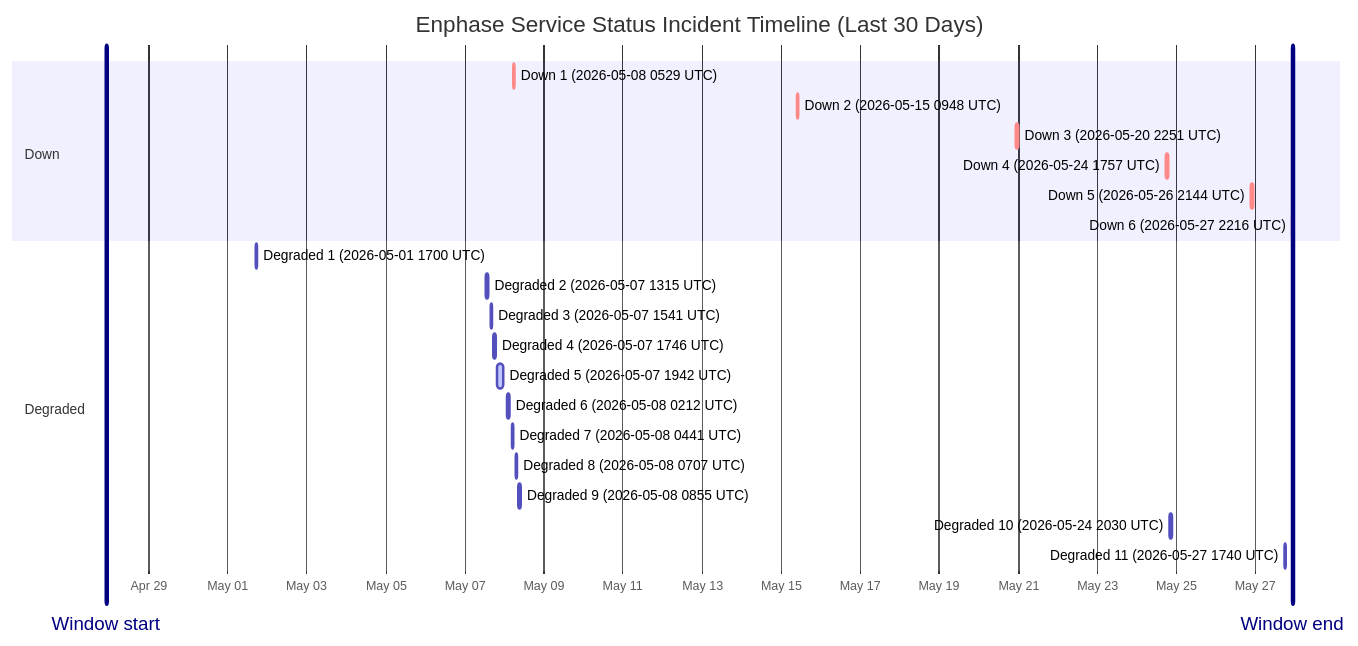
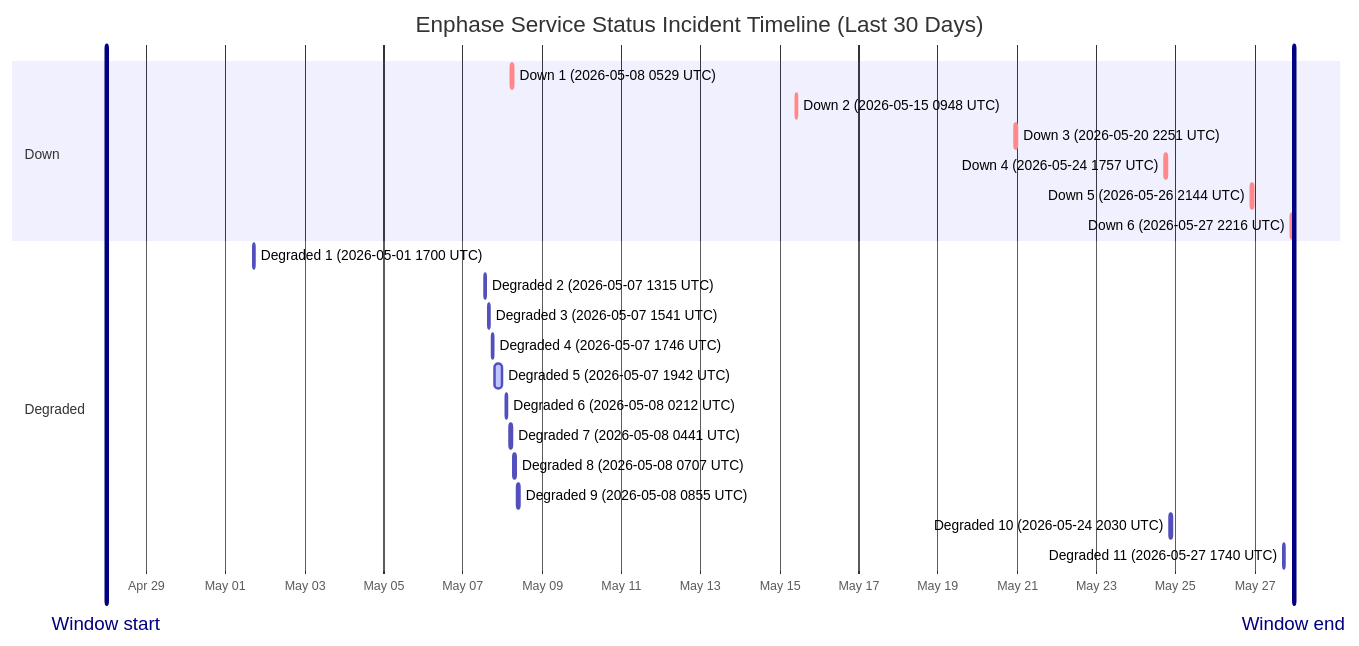
Before and after one commit to barneyonline/ha-enphase-ev-charger: the diagram in wiki/Service-Status-History.md, drawn with Mermaid. The commit also changed other lines of this file and 3 other files, not shown here.

````diff
--- a/wiki/Service-Status-History.md
+++ b/wiki/Service-Status-History.md
@@ -14,27 +14,27 @@
 ```mermaid
 gantt
     title Enphase Service Status Incident Timeline (Last 30 Days)
     dateFormat  YYYY-MM-DDTHH:mm:ss
     axisFormat  %b %d
-    Window start :vert, window-start, 2026-04-27T22:16:53, 0ms
-    Window end :vert, window-end, 2026-05-27T22:16:53, 0ms
+    Window start :vert, window-start, 2026-04-27T23:44:24, 0ms
+    Window end :vert, window-end, 2026-05-27T23:44:24, 0ms
     section Down
     Down 1 (2026-05-08 0529 UTC) :crit, down-1, 2026-05-08T05:29:47, 60m
     Down 2 (2026-05-15 0948 UTC) :crit, down-2, 2026-05-15T09:48:18, 60m
     Down 3 (2026-05-20 2251 UTC) :crit, down-3, 2026-05-20T22:51:14, 75m
     Down 4 (2026-05-24 1757 UTC) :crit, down-4, 2026-05-24T17:57:41, 86m
     Down 5 (2026-05-26 2144 UTC) :crit, down-5, 2026-05-26T21:44:11, 85m
-    Down 6 (2026-05-27 2216 UTC) :crit, down-6, 2026-05-27T22:16:53, 60m
+    Down 6 (2026-05-27 2216 UTC) :crit, down-6, 2026-05-27T22:16:53, 87m
     section Degraded
     Degraded 1 (2026-05-01 1700 UTC) :active, degraded-1, 2026-05-01T17:00:22, 60m
     Degraded 2 (2026-05-07 1315 UTC) :active, degraded-2, 2026-05-07T13:15:25, 60m
     Degraded 3 (2026-05-07 1541 UTC) :active, degraded-3, 2026-05-07T15:41:58, 60m
     Degraded 4 (2026-05-07 1746 UTC) :active, degraded-4, 2026-05-07T17:46:51, 60m
     Degraded 5 (2026-05-07 1942 UTC) :active, degraded-5, 2026-05-07T19:42:10, 249m
     Degraded 6 (2026-05-08 0212 UTC) :active, degraded-6, 2026-05-08T02:12:39, 60m
     Degraded 7 (2026-05-08 0441 UTC) :active, degraded-7, 2026-05-08T04:41:46, 60m
     Degraded 8 (2026-05-08 0707 UTC) :active, degraded-8, 2026-05-08T07:07:30, 60m
     Degraded 9 (2026-05-08 0855 UTC) :active, degraded-9, 2026-05-08T08:55:20, 88m
     Degraded 10 (2026-05-24 2030 UTC) :active, degraded-10, 2026-05-24T20:30:57, 84m
     Degraded 11 (2026-05-27 1740 UTC) :active, degraded-11, 2026-05-27T17:40:52, 60m
 ```
````
